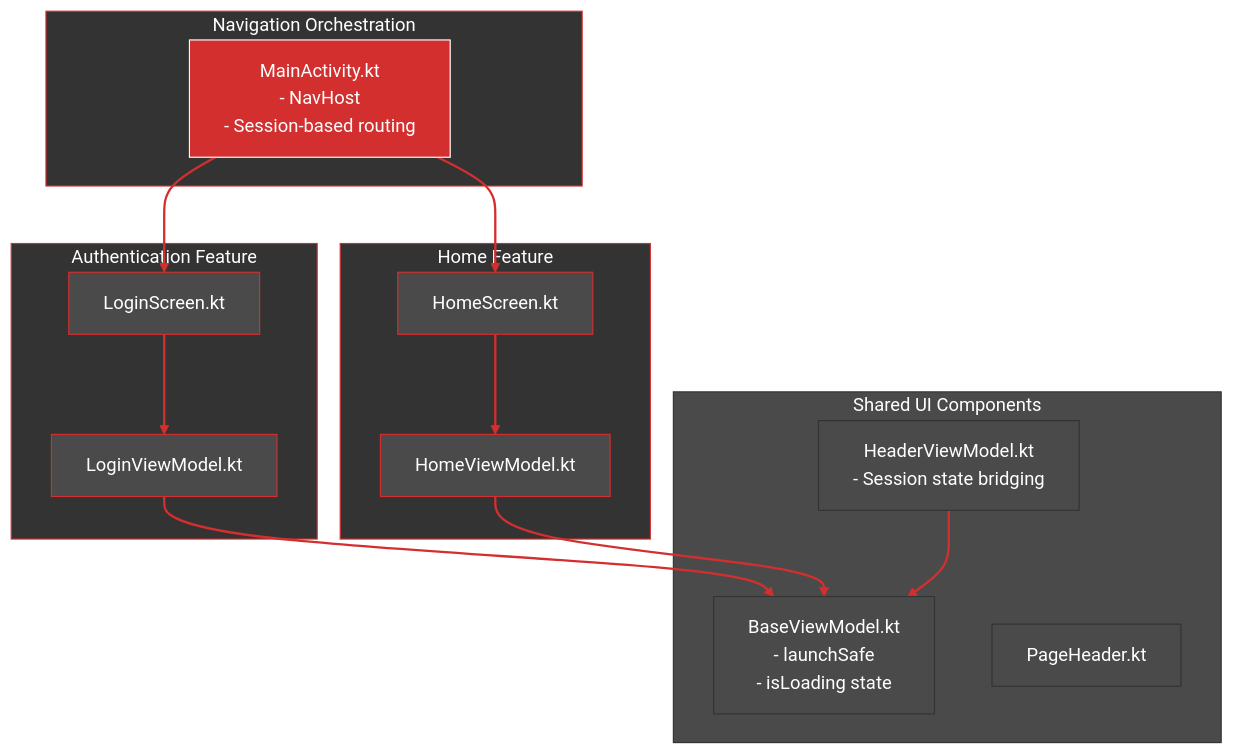
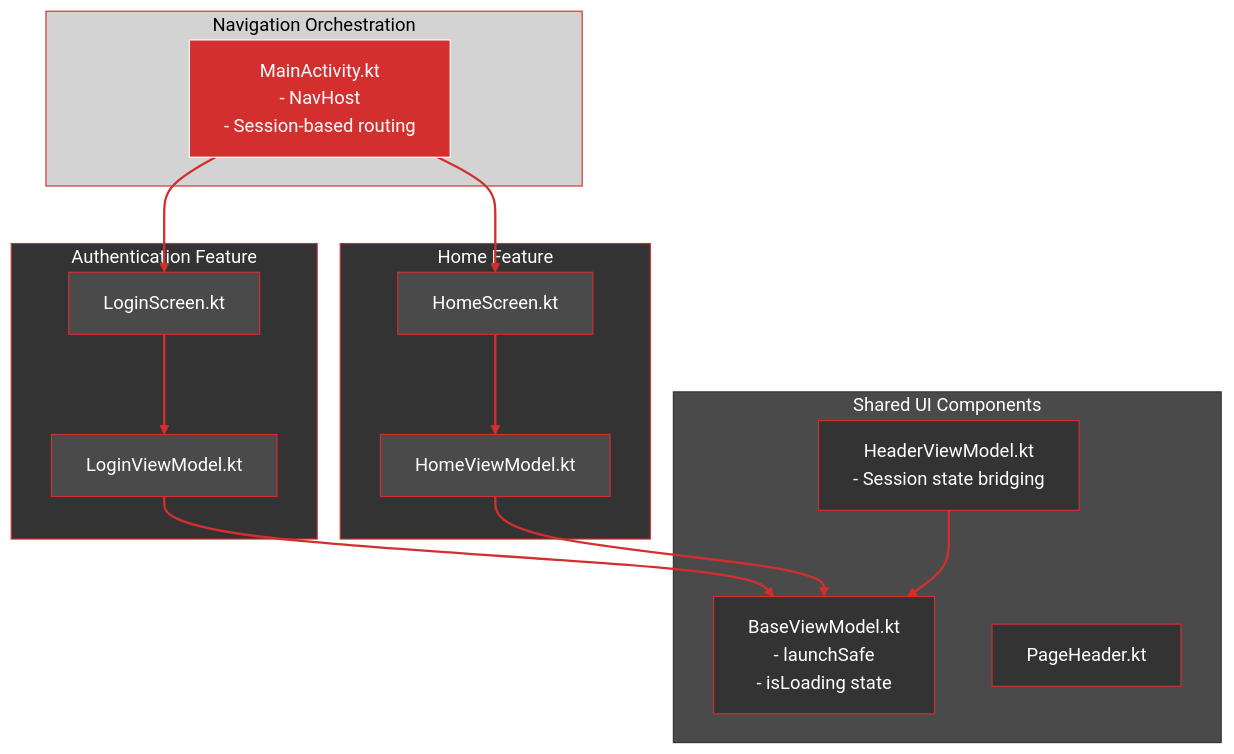
One commit to Rho-Studio/UI-Utils-Rho-Studio changed the fifth of 13 diagrams in README.md. Above: the diagram before and after it, drawn with Mermaid. The commit also changed other lines of this file and 1 other file, not shown here.

````diff
--- a/README.md
+++ b/README.md
@@ -283,47 +286,47 @@
 ```mermaid
 flowchart TB
     subgraph Navigation["Navigation Orchestration"]
         MA["MainActivity.kt<br/>- NavHost<br/>- Session-based routing"]
     end
     
     subgraph Shared["Shared UI Components"]
         PV["BaseViewModel.kt<br/>- launchSafe<br/>- isLoading state"]
         HV["HeaderViewModel.kt<br/>- Session state bridging"]
         PH["PageHeader.kt"]
     end
     
     subgraph Auth["Authentication Feature"]
         LS["LoginScreen.kt"]
         LVM["LoginViewModel.kt"]
     end
     
     subgraph Home["Home Feature"]
         HS["HomeScreen.kt"]
         HVM["HomeViewModel.kt"]
     end
     
     MA --> LS
     MA --> HS
     LS --> LVM
     HS --> HVM
     LVM --> PV
     HVM --> PV
     HV --> PV
 
     linkStyle default stroke:#D32F2F,stroke-width:2px
 
     classDef navNode fill:#D32F2F,stroke:#FFFFFF,color:#FFFFFF
-    classDef sharedNode fill:#4A4A4A,stroke:#333333,color:#FFFFFF
+    classDef sharedNode fill:#333333,stroke:#D32F2F,color:#FFFFFF
     classDef authNode fill:#4A4A4A,stroke:#D32F2F,color:#FFFFFF
     classDef homeNode fill:#4A4A4A,stroke:#D32F2F,color:#FFFFFF
 
     class MA navNode
     class PV,HV,PH sharedNode
     class LS,LVM authNode
     class HS,HVM homeNode
 
-    style Navigation fill:#333333,stroke:#D32F2F,color:#FFFFFF
+    style Navigation fill:#D3D3D3,stroke:#D32F2F,color:#000000
     style Shared fill:#4A4A4A,stroke:#333333,color:#FFFFFF
     style Auth fill:#333333,stroke:#D32F2F,color:#FFFFFF
     style Home fill:#333333,stroke:#D32F2F,color:#FFFFFF
 ```
````
